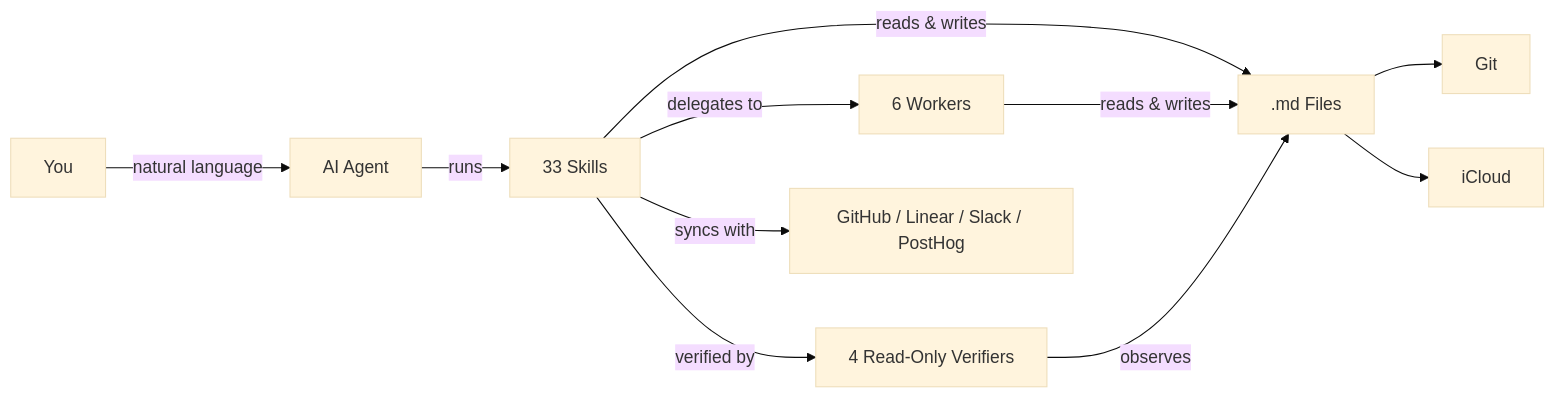
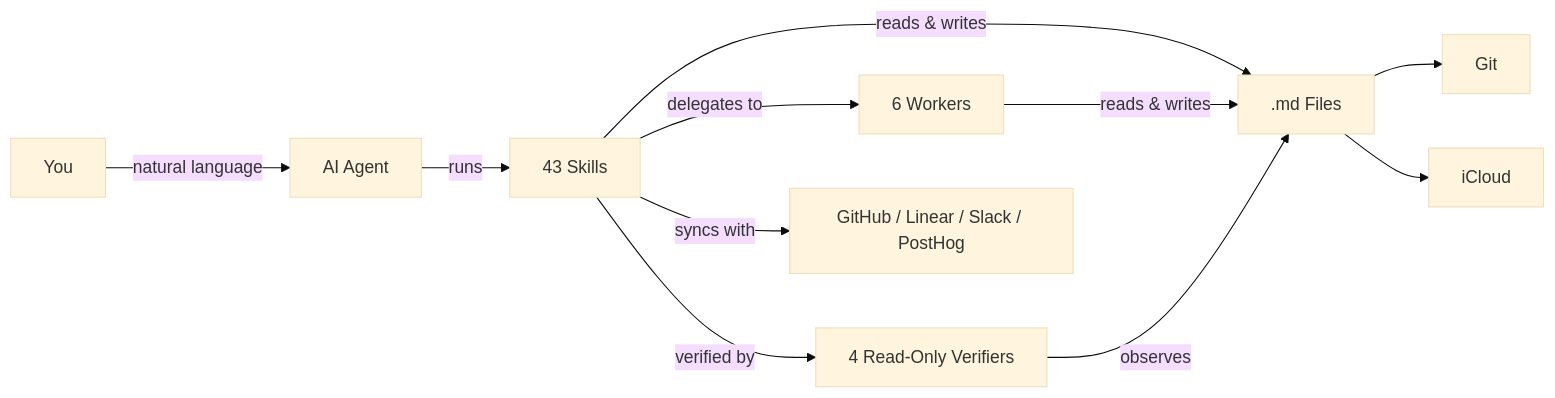
One commit to huytieu/COG-second-brain changed the first of 2 diagrams in README.md. Above: the diagram before and after it, drawn with Mermaid (base theme). The commit also changed other lines of this file and 87 other files, not shown here.

````diff
--- a/README.md
+++ b/README.md
@@ -11,13 +11,13 @@
 ```mermaid
 graph LR
     A[You] -- natural language --> B[AI Agent]
-    B -- runs --> C[33 Skills]
+    B -- runs --> C[43 Skills]
     C -- delegates to --> W[6 Workers]
     C -- verified by --> V[4 Read-Only Verifiers]
     C -- reads & writes --> D[.md Files]
     W -- reads & writes --> D
     V -- observes --> D
     C -- syncs with --> G[GitHub / Linear / Slack / PostHog]
     D --> E[Git]
     D --> F[iCloud]
 ```
````
